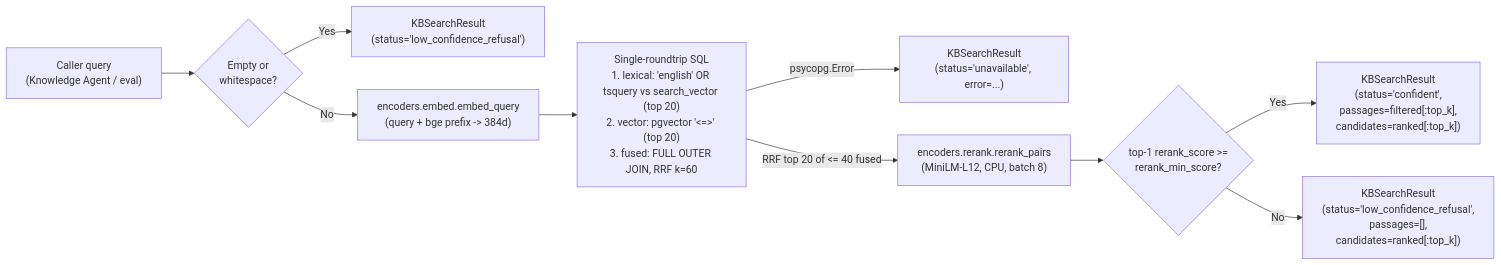
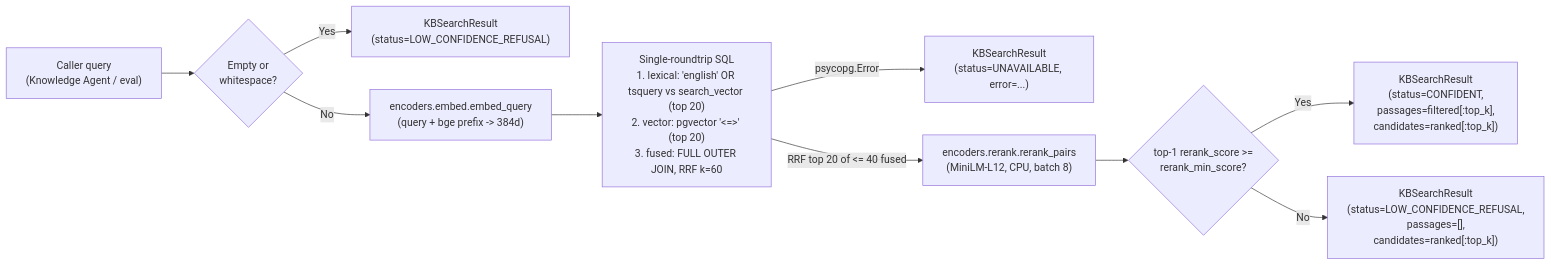
One commit to yaara-manor/cato-networks changed the diagram in docs/plans/14-kb_retrieval_and_lookup_policy/design.md. Above: the diagram before and after it, drawn with Mermaid. The commit also changed other lines of this file and 1 other file, not shown here.

Commit message:
docs: KBSearchStatus values uppercase (match code + TelemetryStatus)

````diff
--- a/docs/plans/14-kb_retrieval_and_lookup_policy/design.md
+++ b/docs/plans/14-kb_retrieval_and_lookup_policy/design.md
@@ -45,12 +45,12 @@
 ```mermaid
 flowchart LR
     Query["Caller query\n(Knowledge Agent / eval)"] --> Guard{"Empty or\nwhitespace?"}
-    Guard -- Yes --> Refusal["KBSearchResult\n(status='low_confidence_refusal')"]
+    Guard -- Yes --> Refusal["KBSearchResult\n(status=LOW_CONFIDENCE_REFUSAL)"]
     Guard -- No --> Embed["encoders.embed.embed_query\n(query + bge prefix -> 384d)"]
     Embed --> HybridSQL["Single-roundtrip SQL\n1. lexical: 'english' OR tsquery vs search_vector (top 20)\n2. vector: pgvector '<=>' (top 20)\n3. fused: FULL OUTER JOIN, RRF k=60"]
-    HybridSQL -- "psycopg.Error" --> Unavail["KBSearchResult\n(status='unavailable', error=...)"]
+    HybridSQL -- "psycopg.Error" --> Unavail["KBSearchResult\n(status=UNAVAILABLE, error=...)"]
     HybridSQL -- "RRF top 20 of <= 40 fused" --> Rerank["encoders.rerank.rerank_pairs\n(MiniLM-L12, CPU, batch 8)"]
     Rerank --> Gate{"top-1 rerank_score >=\nrerank_min_score?"}
-    Gate -- Yes --> Confident["KBSearchResult\n(status='confident',\npassages=filtered[:top_k],\ncandidates=ranked[:top_k])"]
-    Gate -- No --> LowConf["KBSearchResult\n(status='low_confidence_refusal',\npassages=[],\ncandidates=ranked[:top_k])"]
+    Gate -- Yes --> Confident["KBSearchResult\n(status=CONFIDENT,\npassages=filtered[:top_k],\ncandidates=ranked[:top_k])"]
+    Gate -- No --> LowConf["KBSearchResult\n(status=LOW_CONFIDENCE_REFUSAL,\npassages=[],\ncandidates=ranked[:top_k])"]
 ```
````
